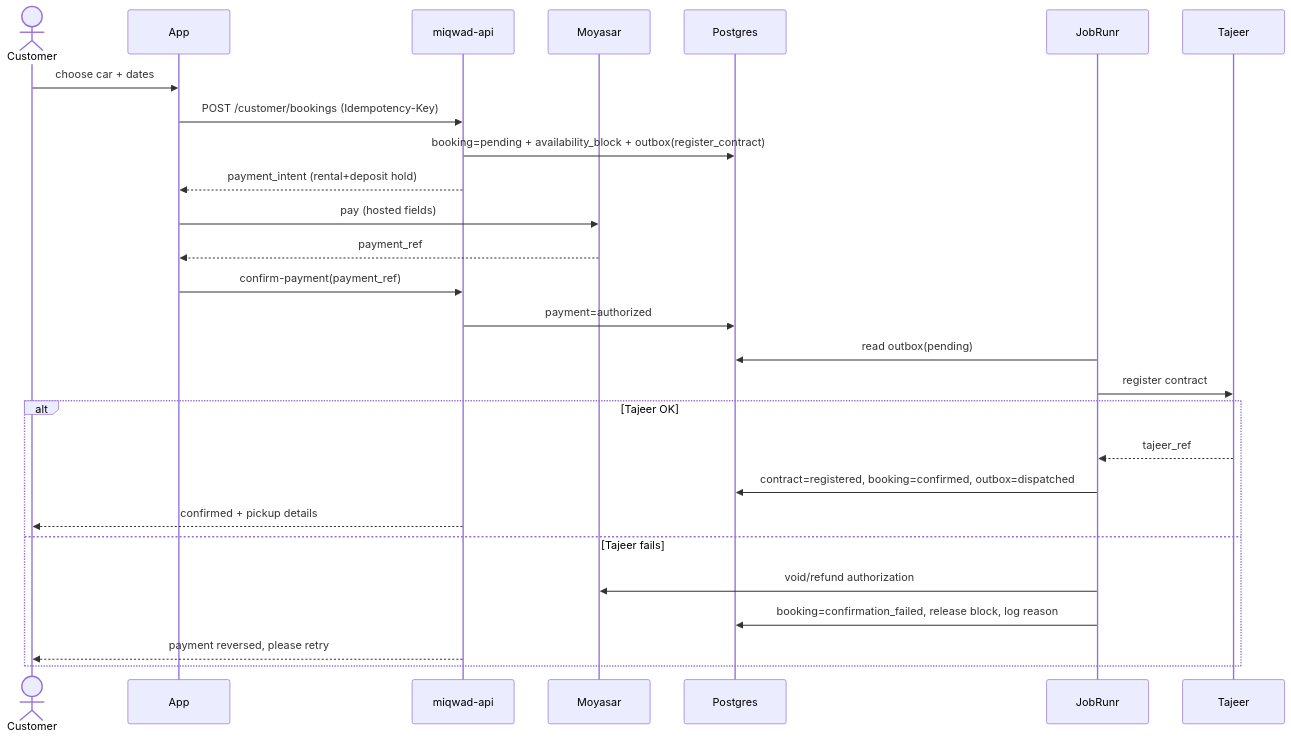
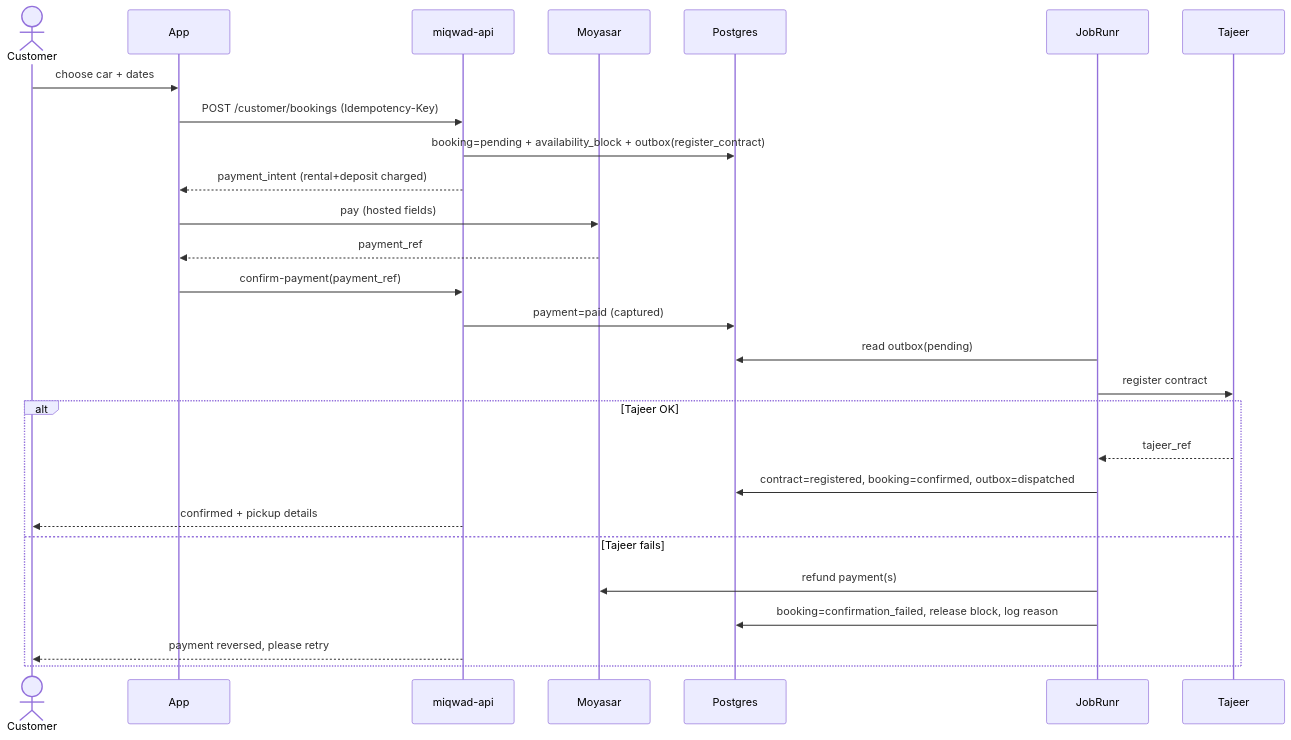
The third of 10 diagrams in diagrams/diagrams.md (Miqwad/docs), drawn with Mermaid before and after one commit. The commit also changed other lines of this file and 15 other files, not shown here.

````diff
--- a/diagrams/diagrams.md
+++ b/diagrams/diagrams.md
@@ -92,29 +92,29 @@
 ```mermaid
 sequenceDiagram
   actor C as Customer
   participant APP as App
   participant API as miqwad-api
   participant PAY as Moyasar
   participant DB as Postgres
   participant JR as JobRunr
   participant TAJ as Tajeer
   C->>APP: choose car + dates
   APP->>API: POST /customer/bookings (Idempotency-Key)
   API->>DB: booking=pending + availability_block + outbox(register_contract)
-  API-->>APP: payment_intent (rental+deposit hold)
+  API-->>APP: payment_intent (rental+deposit charged)
   APP->>PAY: pay (hosted fields)
   PAY-->>APP: payment_ref
   APP->>API: confirm-payment(payment_ref)
-  API->>DB: payment=authorized
+  API->>DB: payment=paid (captured)
   JR->>DB: read outbox(pending)
   JR->>TAJ: register contract
   alt Tajeer OK
     TAJ-->>JR: tajeer_ref
     JR->>DB: contract=registered, booking=confirmed, outbox=dispatched
     API-->>C: confirmed + pickup details
   else Tajeer fails
-    JR->>PAY: void/refund authorization
+    JR->>PAY: refund payment(s)
     JR->>DB: booking=confirmation_failed, release block, log reason
     API-->>C: payment reversed, please retry
   end
 ```
````
